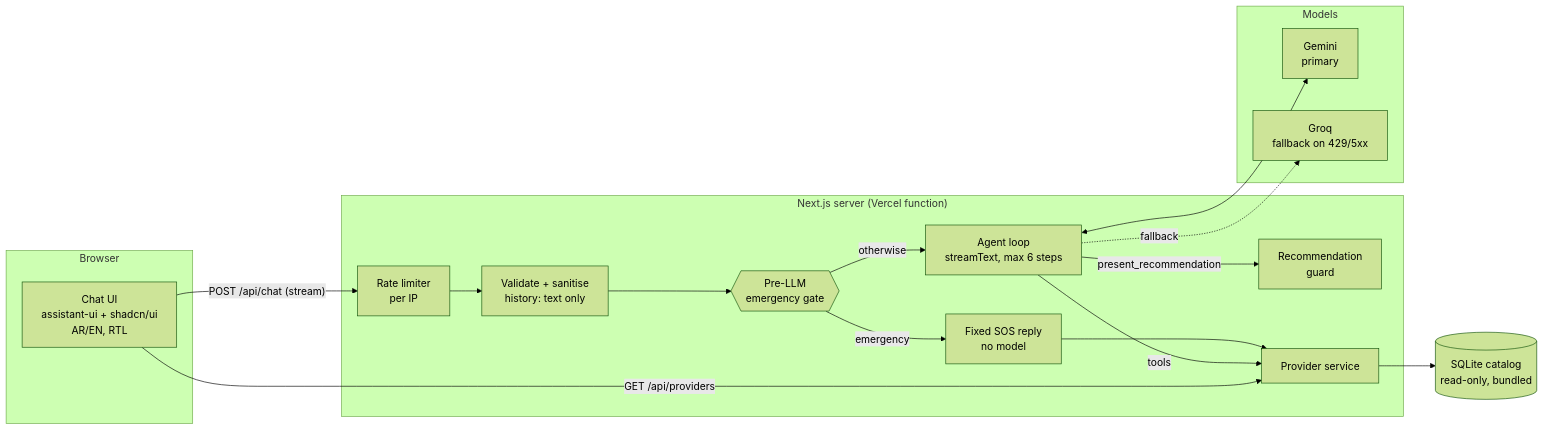
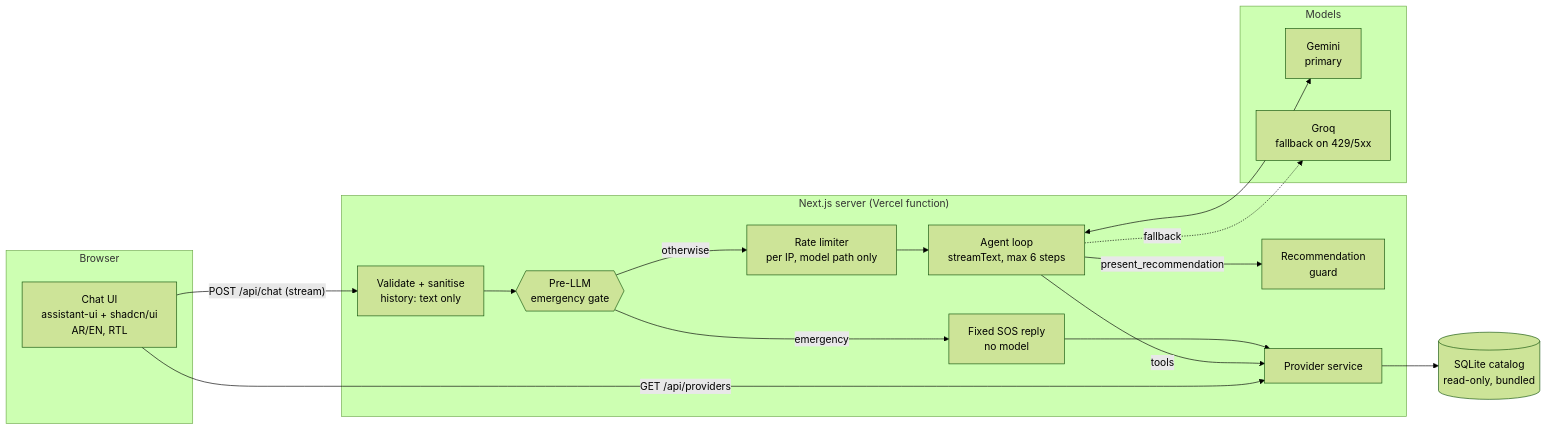
The first of 3 diagrams in README.md (0xA7MD1/healtrip-ai-assistant), drawn with Mermaid (forest theme) before and after one commit. The commit also changed other lines of this file and 1 other file, not shown here.

````diff
--- a/README.md
+++ b/README.md
@@ -45,33 +45,33 @@
 ```mermaid
 flowchart LR
   subgraph Browser
     UI["Chat UI<br/>assistant-ui + shadcn/ui<br/>AR/EN, RTL"]
   end
 
   subgraph server["Next.js server (Vercel function)"]
-    RL[Rate limiter<br/>per IP]
+    RL[Rate limiter<br/>per IP, model path only]
     VAL[Validate + sanitise<br/>history: text only]
     GATE{{Pre-LLM<br/>emergency gate}}
     EMS[Fixed SOS reply<br/>no model]
     AGENT[Agent loop<br/>streamText, max 6 steps]
     GUARD[Recommendation<br/>guard]
     SVC[Provider service]
   end
 
   subgraph Models
     GEM[Gemini<br/>primary]
     GROQ[Groq<br/>fallback on 429/5xx]
   end
 
   DB[(SQLite catalog<br/>read-only, bundled)]
 
-  UI -- "POST /api/chat (stream)" --> RL --> VAL --> GATE
+  UI -- "POST /api/chat (stream)" --> VAL --> GATE
   GATE -- emergency --> EMS --> SVC
-  GATE -- otherwise --> AGENT
+  GATE -- otherwise --> RL --> AGENT
   AGENT <--> GEM
   AGENT -. fallback .-> GROQ
   AGENT -- tools --> SVC
   AGENT -- present_recommendation --> GUARD
   SVC --> DB
   UI -- "GET /api/providers" --> SVC
 ```
````
